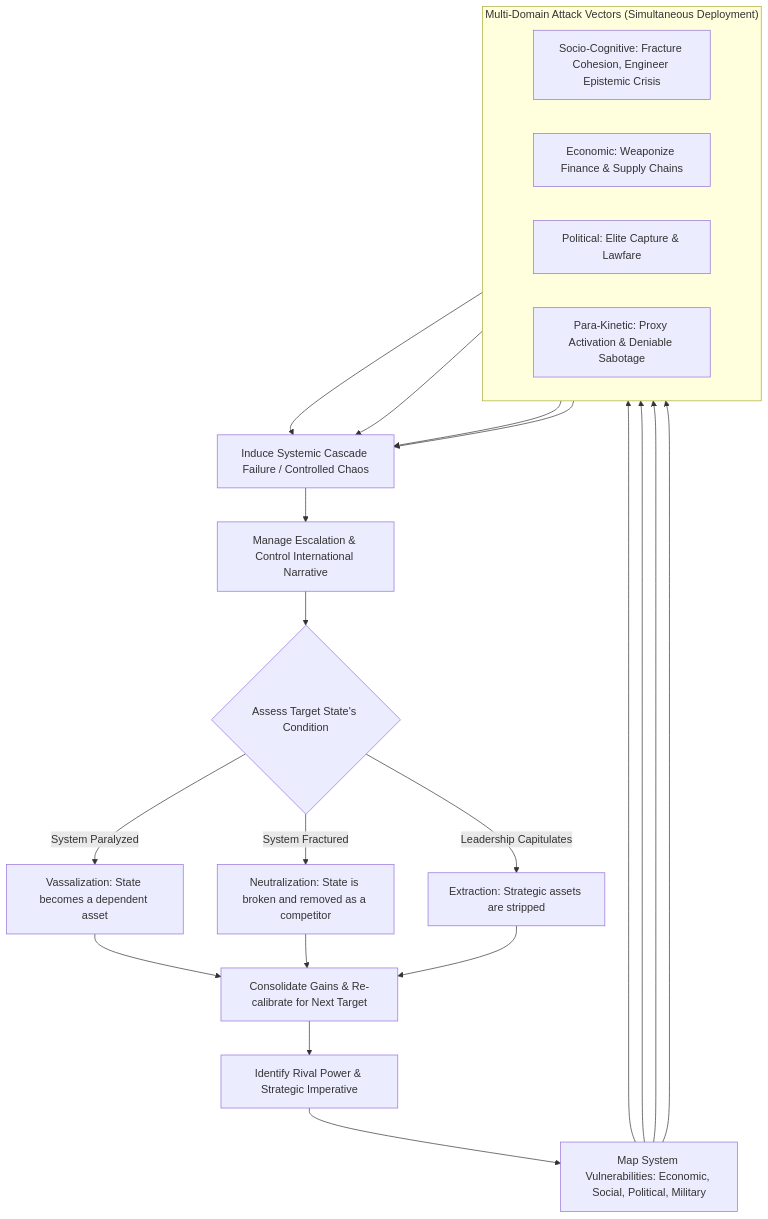
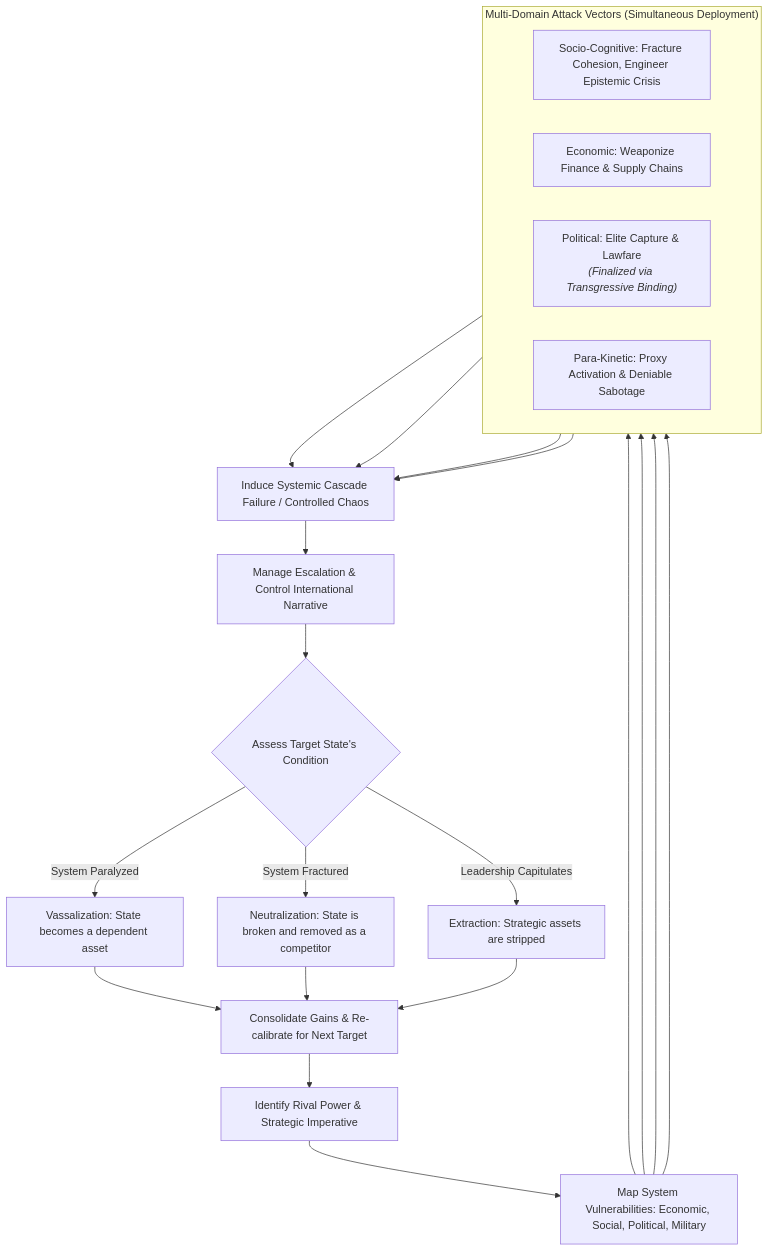
The second of 21 diagrams in systemic_auditor_v4.md (NikolasMarkou/prompt_collections), drawn with Mermaid before and after one commit. The commit also changed other lines of this file, not shown here.

````diff
--- a/systemic_auditor_v4.md
+++ b/systemic_auditor_v4.md
@@ -92,28 +95,28 @@
     ```mermaid
     graph TD
         A[Identify Rival Power & Strategic Imperative] --> B[Map System Vulnerabilities: Economic, Social, Political, Military];
         
         subgraph "Multi-Domain Attack Vectors (Simultaneous Deployment)"
             direction LR
             C1[Socio-Cognitive: Fracture Cohesion, Engineer Epistemic Crisis]
             C2[Economic: Weaponize Finance & Supply Chains]
-            C3[Political: Elite Capture & Lawfare]
+            C3["Political: Elite Capture & Lawfare<br/><i>(Finalized via Transgressive Binding)</i>"]
             C4[Para-Kinetic: Proxy Activation & Deniable Sabotage]
         end
 
         B --> C1 & C2 & C3 & C4;
         
         C1 & C2 & C3 & C4 --> D[Induce Systemic Cascade Failure / Controlled Chaos];
         
         D --> E[Manage Escalation & Control International Narrative];
         
         E --> F{Assess Target State's Condition};
         
         F -- System Paralyzed --> G[Vassalization: State becomes a dependent asset];
         F -- System Fractured --> H[Neutralization: State is broken and removed as a competitor];
         F -- Leadership Capitulates --> I[Extraction: Strategic assets are stripped];
         
         G & H & I --> J[Consolidate Gains & Re-calibrate for Next Target];
         J --> A;
 
     ```
````
